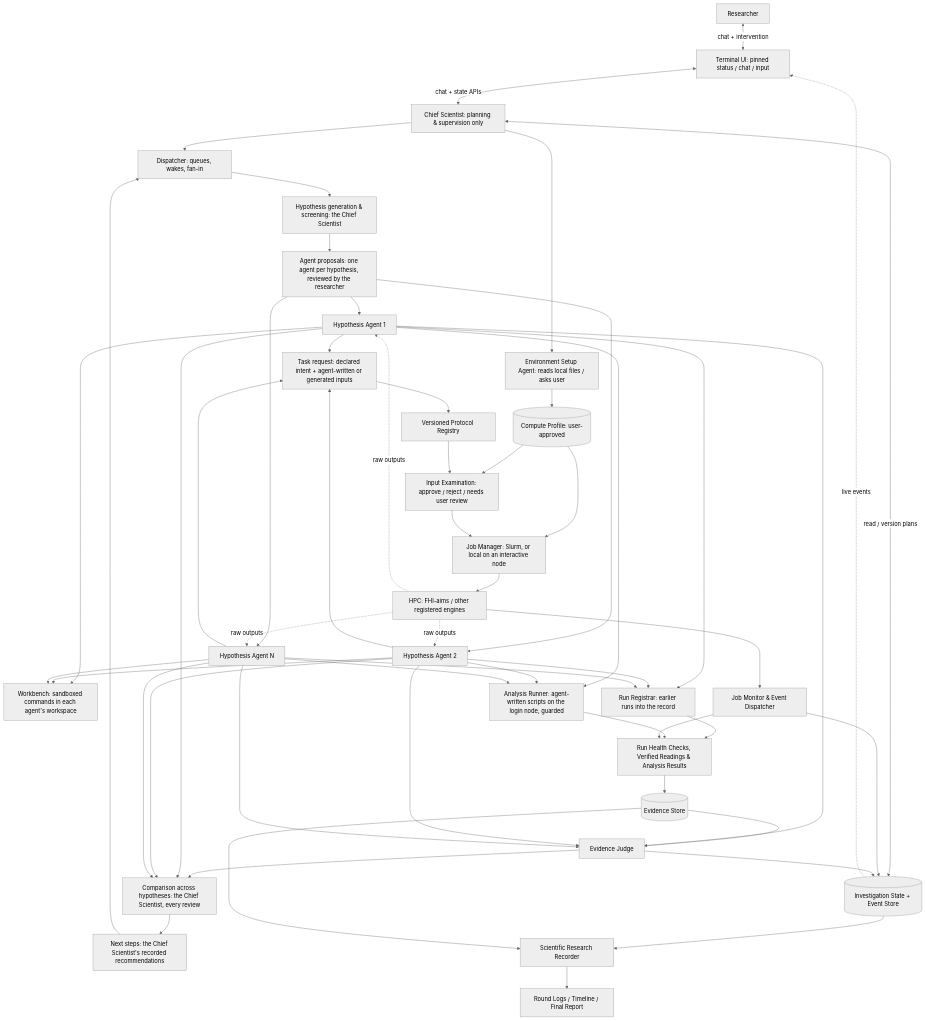
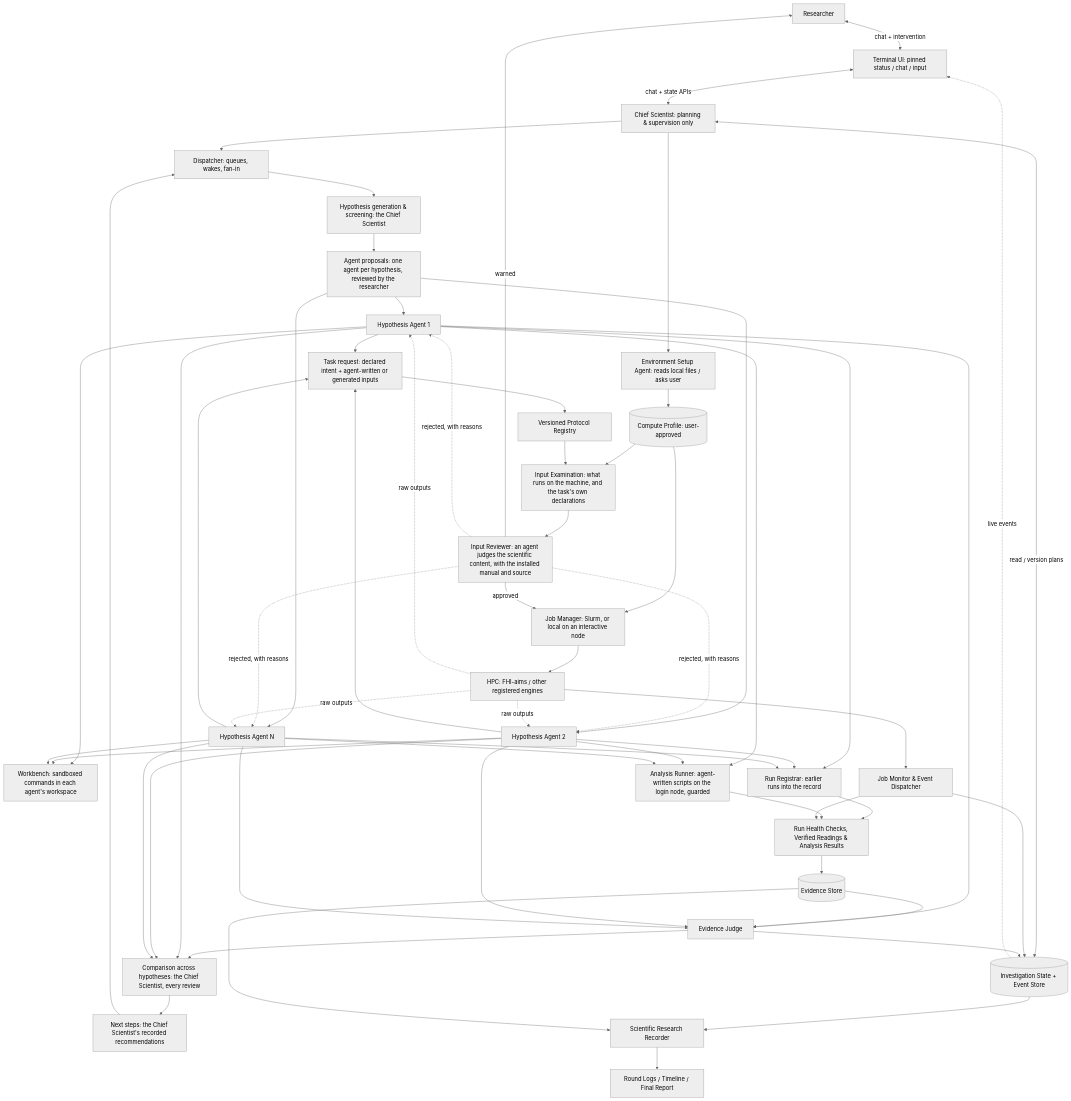
One commit to haoran-ni/CEDAR changed the first of 2 diagrams in docs/ARCHITECTURE.md. Above: the diagram before and after it, drawn with Mermaid (neutral theme). The commit also changed other lines of this file and 39 other files, not shown here.

````diff
--- a/docs/ARCHITECTURE.md
+++ b/docs/ARCHITECTURE.md
@@ -9,42 +9,45 @@
 ```mermaid
 flowchart TB
     U[Researcher] <-->|chat + intervention| UI[Terminal UI: pinned status / chat / input]
     UI <-->|chat + state APIs| C[Chief Scientist: planning & supervision only]
     C <-->|read / version plans| DB[(Investigation State + Event Store)]
     C --> O[Dispatcher: queues, wakes, fan-in]
     C --> ENV[Environment Setup Agent: reads local files / asks user]
     ENV --> PROF[(Compute Profile: user-approved)]
     PROF --> Q
     PROF --> J
     O --> HG[Hypothesis generation & screening: the Chief Scientist]
     HG --> AF[Agent proposals: one agent per hypothesis, reviewed by the researcher]
     AF --> H1[Hypothesis Agent 1]
     AF --> H2[Hypothesis Agent 2]
     AF --> Hn[Hypothesis Agent N]
     H1 & H2 & Hn --> T[Task request: declared intent + agent-written or generated inputs]
     T --> P[Versioned Protocol Registry]
-    P --> Q[Input Examination: approve / reject / needs user review]
-    Q --> J[Job Manager: Slurm, or local on an interactive node]
+    P --> Q[Input Examination: what runs on the machine, and the task's own declarations]
+    Q --> IR[Input Reviewer: an agent judges the scientific content, with the installed manual and source]
+    IR -->|approved| J[Job Manager: Slurm, or local on an interactive node]
+    IR -->|warned| U
+    IR -. rejected, with reasons .-> H1 & H2 & Hn
     J --> HPC[HPC: FHI-aims / other registered engines]
     H1 & H2 & Hn --> WB[Workbench: sandboxed commands in each agent's workspace]
     H1 & H2 & Hn --> REG[Run Registrar: earlier runs into the record]
     REG --> VAL
     HPC --> MON[Job Monitor & Event Dispatcher]
     HPC -. raw outputs .-> H1 & H2 & Hn
     H1 & H2 & Hn --> AN[Analysis Runner: agent-written scripts on the login node, guarded]
     AN --> VAL
     MON --> VAL[Run Health Checks, Verified Readings & Analysis Results]
     VAL --> EV[(Evidence Store)]
     MON --> DB
     EV --> S[Evidence Judge]
     H1 & H2 & Hn --> S
     S --> SYN[Comparison across hypotheses: the Chief Scientist, every review]
     H1 & H2 & Hn --> SYN
     SYN --> NEXT[Next steps: the Chief Scientist's recorded recommendations]
     NEXT --> O
     S --> DB
     DB --> REC[Scientific Research Recorder]
     EV --> REC
     REC --> NOTE[Round Logs / Timeline / Final Report]
     DB -. live events .-> UI
 ```
````
